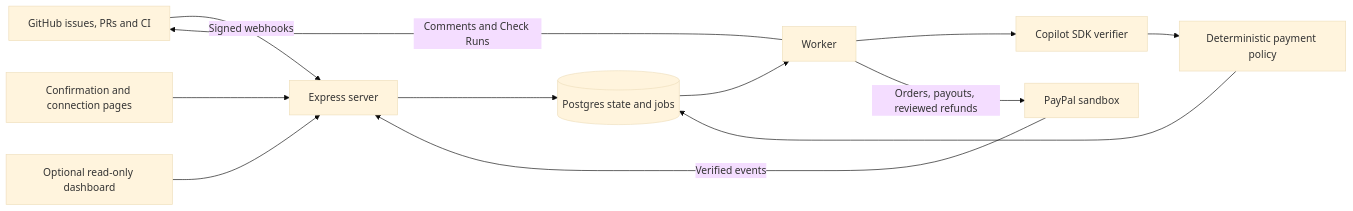
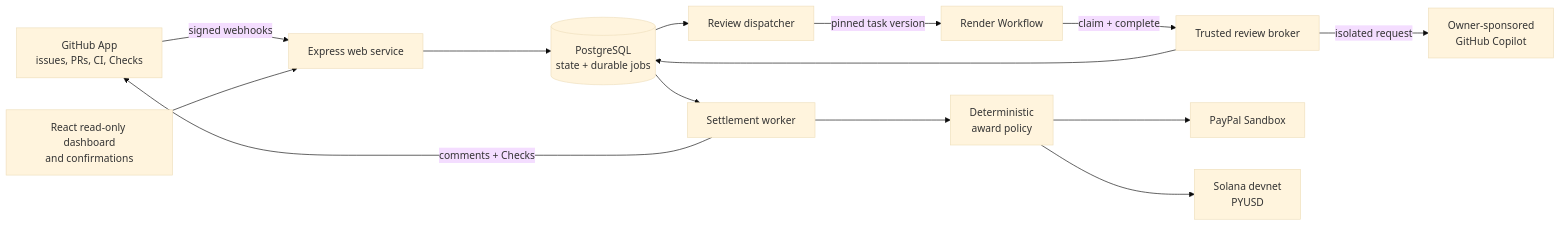
Before and after one commit to Me-cha/repopay: the second of 2 diagrams in README.md, drawn with Mermaid (base theme). The commit also changed other lines of this file and 164 other files, not shown here.

````diff
--- a/README.md
+++ b/README.md
@@ -78,14 +268,16 @@
 ```mermaid
 flowchart LR
-    GH[GitHub issues, PRs and CI] -->|Signed webhooks| API[Express server]
-    PP[PayPal sandbox] -->|Verified events| API
-    API --> DB[(Postgres state and jobs)]
-    DB --> W[Worker]
-    W --> AI[Copilot SDK verifier]
-    AI --> P[Deterministic payment policy]
-    P --> DB
-    W -->|Orders, payouts, reviewed refunds| PP
-    W -->|Comments and Check Runs| GH
-    UI[Confirmation and connection pages] --> API
-    VIEW[Optional read-only dashboard] --> API
+    GH[GitHub App<br/>issues, PRs, CI, Checks] -->|signed webhooks| WEB[Express web service]
+    WEB --> DB[(PostgreSQL<br/>state + durable jobs)]
+    DB --> WORKER[Settlement worker]
+    DB --> DISPATCH[Review dispatcher]
+    DISPATCH -->|pinned task version| RW[Render Workflow]
+    RW -->|claim + complete| BROKER[Trusted review broker]
+    BROKER -->|isolated request| COPILOT[Owner-sponsored<br/>GitHub Copilot]
+    BROKER --> DB
+    WORKER --> POLICY[Deterministic<br/>award policy]
+    POLICY --> PP[PayPal Sandbox]
+    POLICY --> SOL[Solana devnet<br/>PYUSD]
+    WORKER -->|comments + Checks| GH
+    UI[React read-only dashboard<br/>and confirmations] --> WEB
 ```
````
